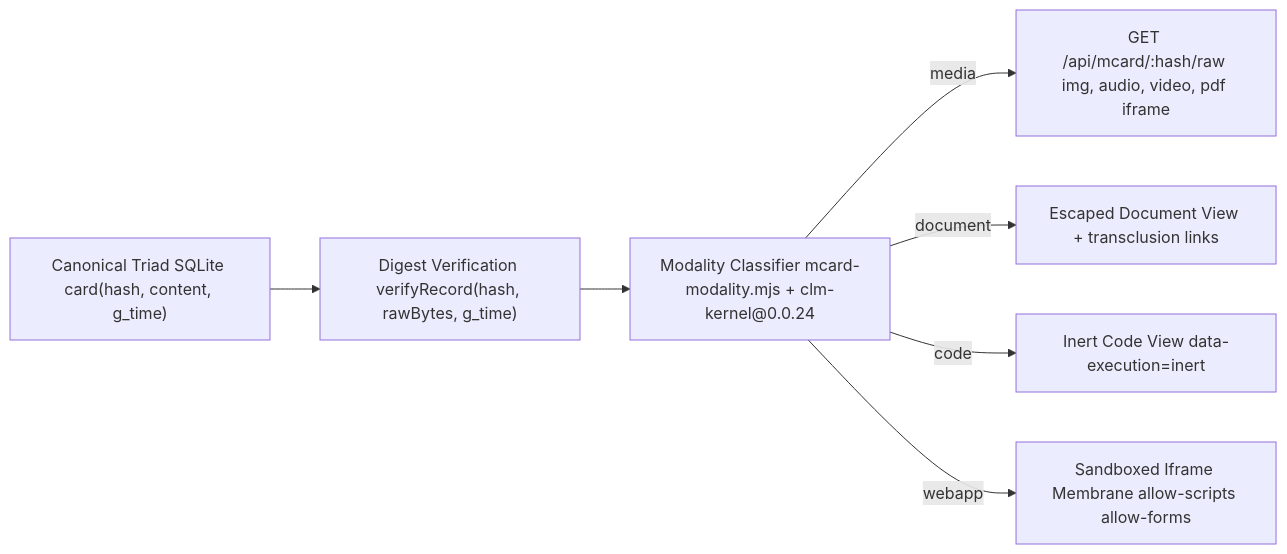
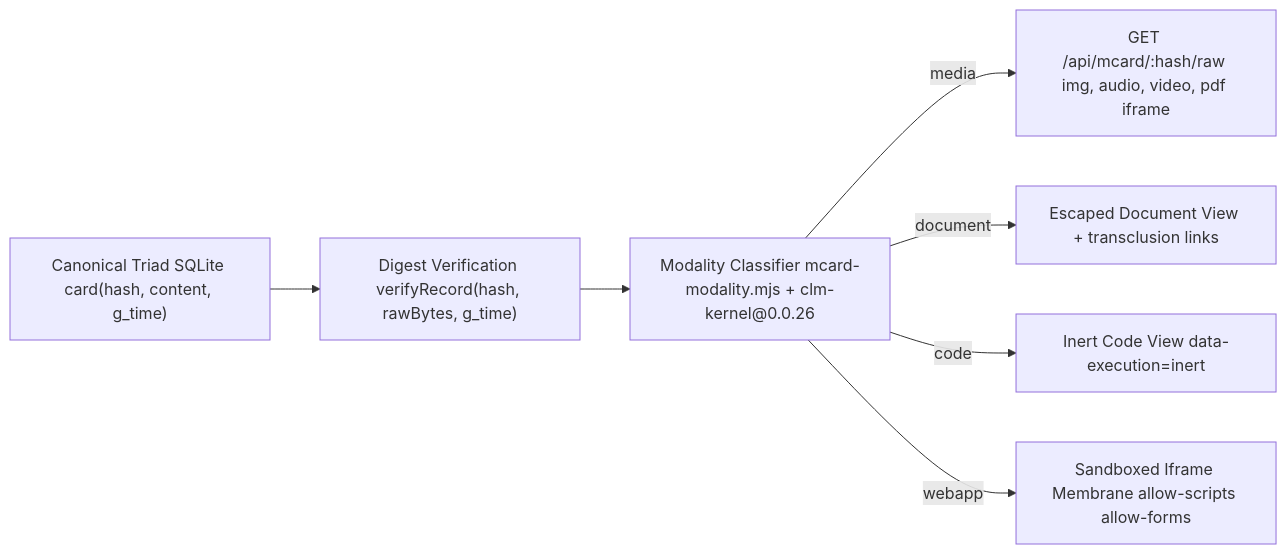
One commit to xlp0/LandingPage changed the diagram in docs/01-architecture/UNIVERSAL_MCARD_BROWSER_ARCHITECTURE.md. Above: the diagram before and after it, drawn with Mermaid. The commit also changed other lines of this file and 57 other files, not shown here.

Commit message:
feat(pkc-06): integrate PkcCardIsland, TFZ gate, and clm-kernel@0.0.26

````diff
--- a/docs/01-architecture/UNIVERSAL_MCARD_BROWSER_ARCHITECTURE.md
+++ b/docs/01-architecture/UNIVERSAL_MCARD_BROWSER_ARCHITECTURE.md
@@ -36,9 +36,9 @@
 ```mermaid
 flowchart LR
   SQLite["Canonical Triad SQLite card(hash, content, g_time)"] --> Verify["Digest Verification verifyRecord(hash, rawBytes, g_time)"]
-  Verify --> Classify["Modality Classifier mcard-modality.mjs + clm-kernel@0.0.24"]
+  Verify --> Classify["Modality Classifier mcard-modality.mjs + clm-kernel@0.0.26"]
   Classify -->|"media"| MediaOut["GET /api/mcard/:hash/raw img, audio, video, pdf iframe"]
   Classify -->|"document"| DocOut["Escaped Document View + transclusion links"]
   Classify -->|"code"| CodeOut["Inert Code View data-execution=inert"]
   Classify -->|"webapp"| WebappOut["Sandboxed Iframe Membrane allow-scripts allow-forms"]
 ```
````
